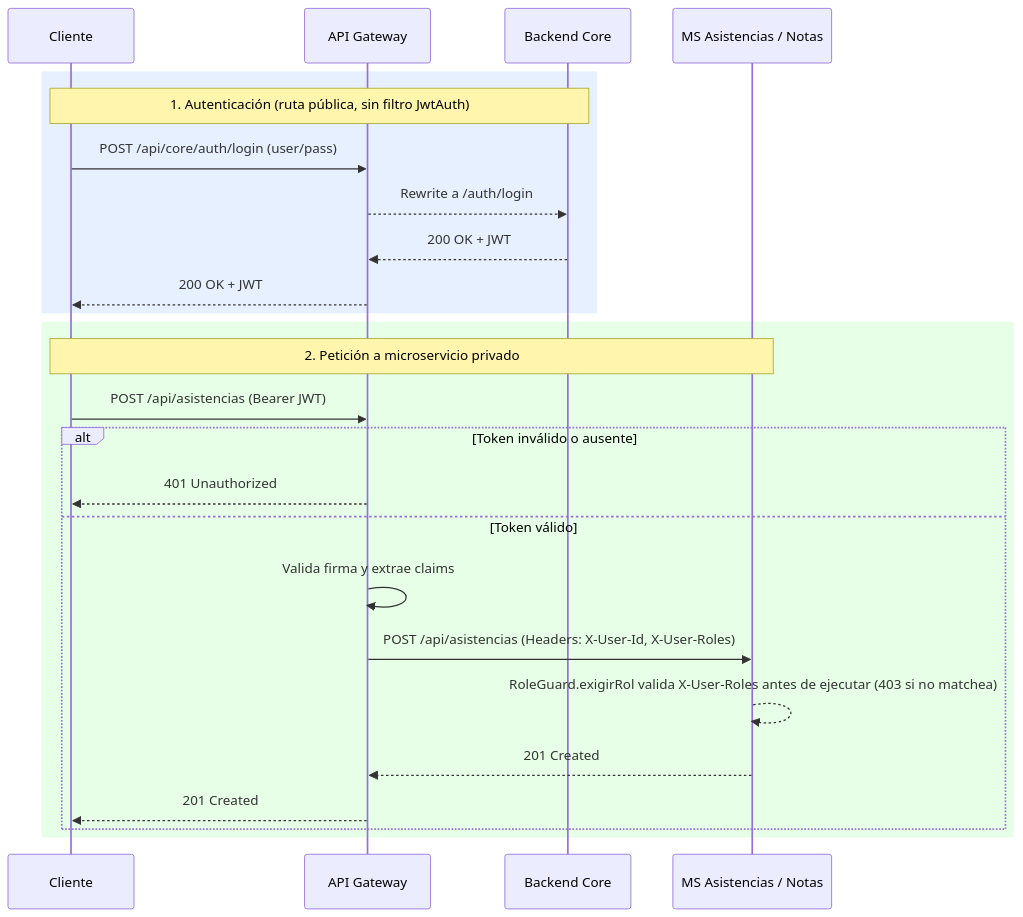
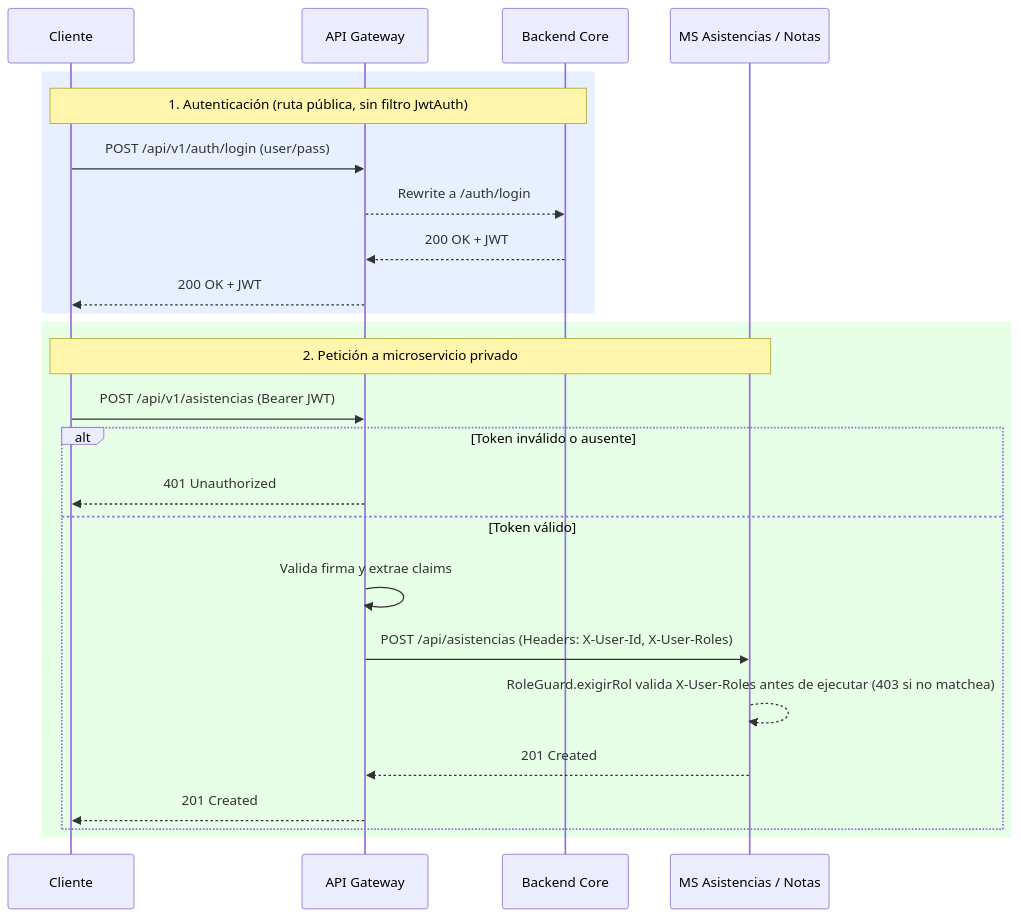
Before and after one commit to JuancaSterba/web-2026-itec: the second of 2 diagrams in docs/04.20-Diagrama_Arquitectura.md, drawn with Mermaid. The commit also changed other lines of this file and 38 other files, not shown here.

First line of the commit message:
feat(gateway): exponer el contrato publico bajo /api/v1/** (#40)

````diff
--- a/docs/04.20-Diagrama_Arquitectura.md
+++ b/docs/04.20-Diagrama_Arquitectura.md
@@ -57,30 +57,30 @@
 ```mermaid
 sequenceDiagram
     participant Cliente
     participant Gateway as API Gateway
     participant Core as Backend Core
     participant MS as MS Asistencias / Notas
 
     rect rgb(230, 240, 255)
     Note over Cliente,Core: 1. Autenticación (ruta pública, sin filtro JwtAuth)
-    Cliente->>Gateway: POST /api/core/auth/login (user/pass)
+    Cliente->>Gateway: POST /api/v1/auth/login (user/pass)
     Gateway-->>Core: Rewrite a /auth/login
     Core-->>Gateway: 200 OK + JWT
     Gateway-->>Cliente: 200 OK + JWT
     end
 
     rect rgb(230, 255, 230)
     Note over Cliente,MS: 2. Petición a microservicio privado
-    Cliente->>Gateway: POST /api/asistencias (Bearer JWT)
+    Cliente->>Gateway: POST /api/v1/asistencias (Bearer JWT)
 
     alt Token inválido o ausente
         Gateway-->>Cliente: 401 Unauthorized
     else Token válido
         Gateway->>Gateway: Valida firma y extrae claims
         Gateway->>MS: POST /api/asistencias (Headers: X-User-Id, X-User-Roles)
         MS-->>MS: RoleGuard.exigirRol valida X-User-Roles antes de ejecutar (403 si no matchea)
         MS-->>Gateway: 201 Created
         Gateway-->>Cliente: 201 Created
     end
     end
 ```
````
